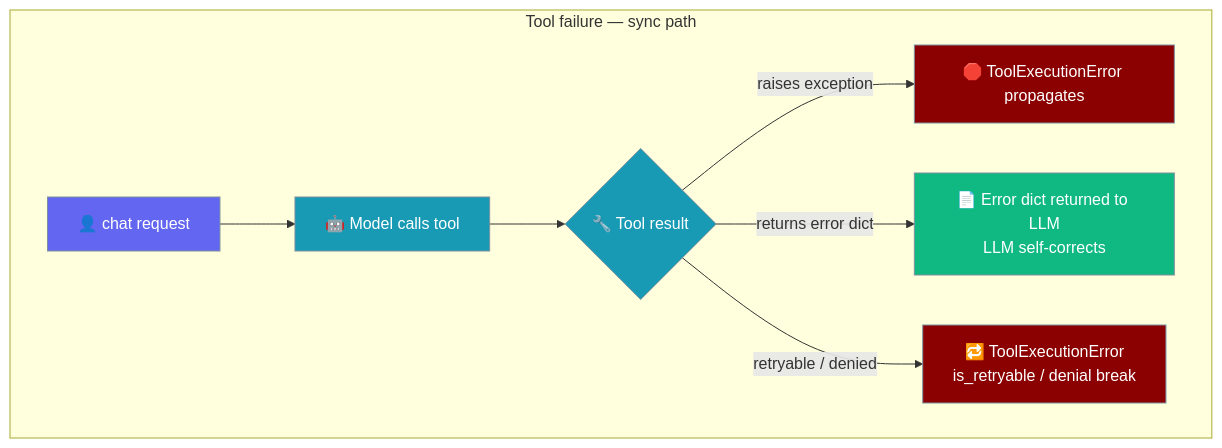
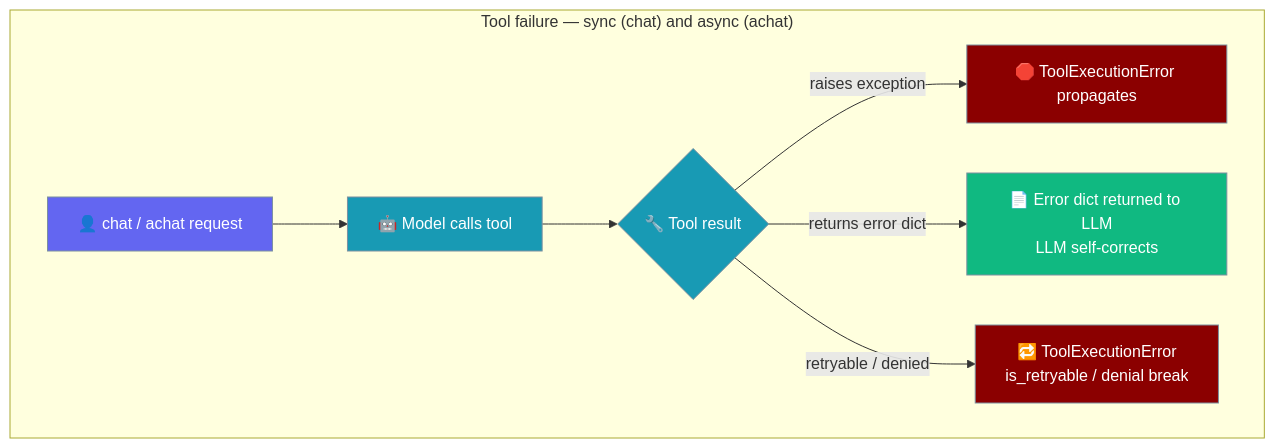
The third of 3 diagrams in docs/features/error-handling.mdx (MervinPraison/PraisonAIDocs), drawn with Mermaid before and after one commit. The commit also changed other lines of this file and 5 other files, not shown here.

Commit message:
fix: document achat() raising ToolExecutionError for raised tool exceptions (fixes #4824)

````diff
--- a/docs/features/error-handling.mdx
+++ b/docs/features/error-handling.mdx
@@ -197,20 +197,20 @@
 ```mermaid
 graph TB
-    subgraph "Tool failure — sync path"
-        SReq[👤 chat request] --> SLLM[🤖 Model calls tool]
+    subgraph "Tool failure — sync (chat) and async (achat)"
+        SReq[👤 chat / achat request] --> SLLM[🤖 Model calls tool]
         SLLM --> STool{🔧 Tool result}
         STool -->|raises exception| SRaise[🛑 ToolExecutionError propagates]
         STool -->|returns error dict| SReturn[📄 Error dict returned to LLM<br/>LLM self-corrects]
         STool -->|retryable / denied| SRetry[🔁 ToolExecutionError<br/>is_retryable / denial break]
     end
 
     classDef req fill:#6366F1,stroke:#7C90A0,color:#fff
     classDef proc fill:#189AB4,stroke:#7C90A0,color:#fff
     classDef err fill:#8B0000,stroke:#7C90A0,color:#fff
     classDef ok fill:#10B981,stroke:#7C90A0,color:#fff
 
     class SReq req
     class SLLM,STool proc
     class SRaise,SRetry err
     class SReturn ok
 ```
````
